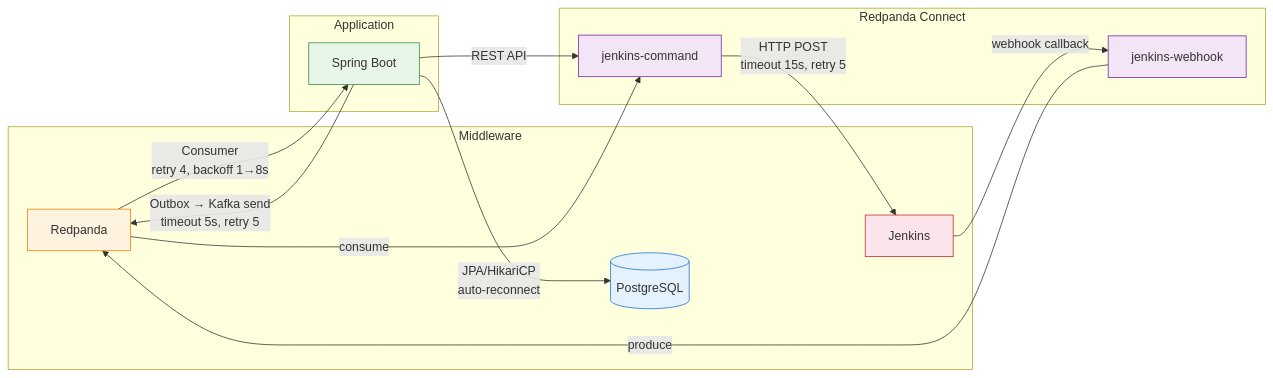
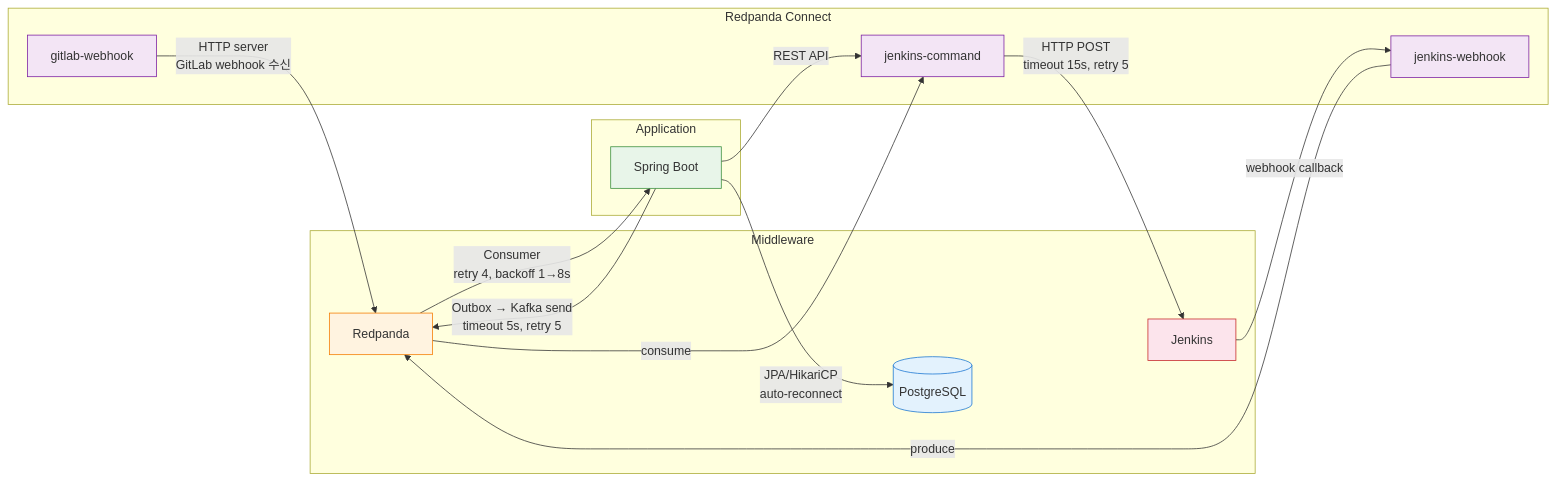
One commit to scofe97/Redpanda-PlayGround changed the first of 3 diagrams in docs/infra/01-monitoring/04-failure-scenarios.md. Above: the diagram before and after it, drawn with Mermaid. The commit also changed other lines of this file and 30 other files, not shown here.

````diff
--- a/docs/infra/01-monitoring/04-failure-scenarios.md
+++ b/docs/infra/01-monitoring/04-failure-scenarios.md
@@ -9,33 +9,36 @@
 ```mermaid
 graph LR
     subgraph middleware["Middleware"]
         PG[(PostgreSQL)]
         RD[Redpanda]
         JK[Jenkins]
     end
 
     subgraph app["Application"]
         SB[Spring Boot]
     end
 
     subgraph connect["Redpanda Connect"]
         CMD[jenkins-command]
-        WH[jenkins-webhook]
+        JWH[jenkins-webhook]
+        GWH[gitlab-webhook]
     end
 
     SB -->|"Outbox → Kafka send<br/>timeout 5s, retry 5"| RD
     RD -->|"Consumer<br/>retry 4, backoff 1→8s"| SB
     SB -->|"JPA/HikariCP<br/>auto-reconnect"| PG
     RD -->|"consume"| CMD
     CMD -->|"HTTP POST<br/>timeout 15s, retry 5"| JK
-    JK -->|"webhook callback"| WH
-    WH -->|"produce"| RD
+    JK -->|"webhook callback"| JWH
+    JWH -->|"produce"| RD
+    GWH -->|"HTTP server<br/>GitLab webhook 수신"| RD
     SB -->|"REST API"| CMD
 
     style SB fill:#e8f5e9,stroke:#388e3c,color:#333
     style RD fill:#fff3e0,stroke:#f57c00,color:#333
     style PG fill:#e3f2fd,stroke:#1976d2,color:#333
     style JK fill:#fce4ec,stroke:#c62828,color:#333
     style CMD fill:#f3e5f5,stroke:#7b1fa2,color:#333
-    style WH fill:#f3e5f5,stroke:#7b1fa2,color:#333
+    style JWH fill:#f3e5f5,stroke:#7b1fa2,color:#333
+    style GWH fill:#f3e5f5,stroke:#7b1fa2,color:#333
 ```
````
